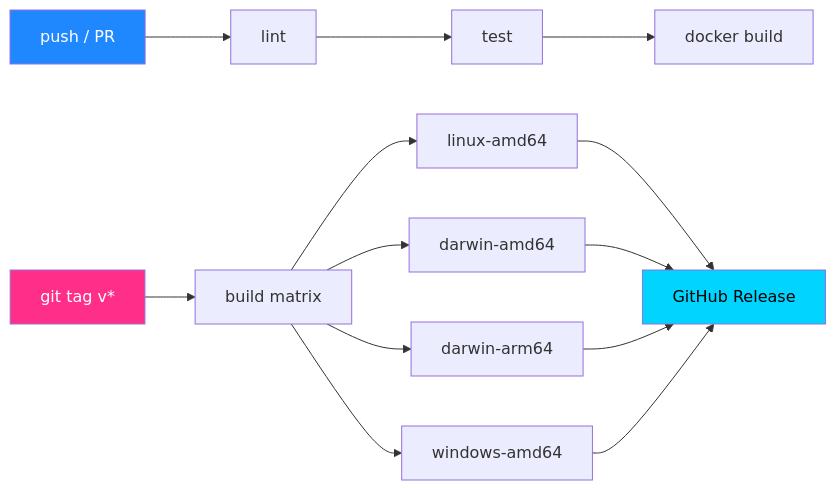
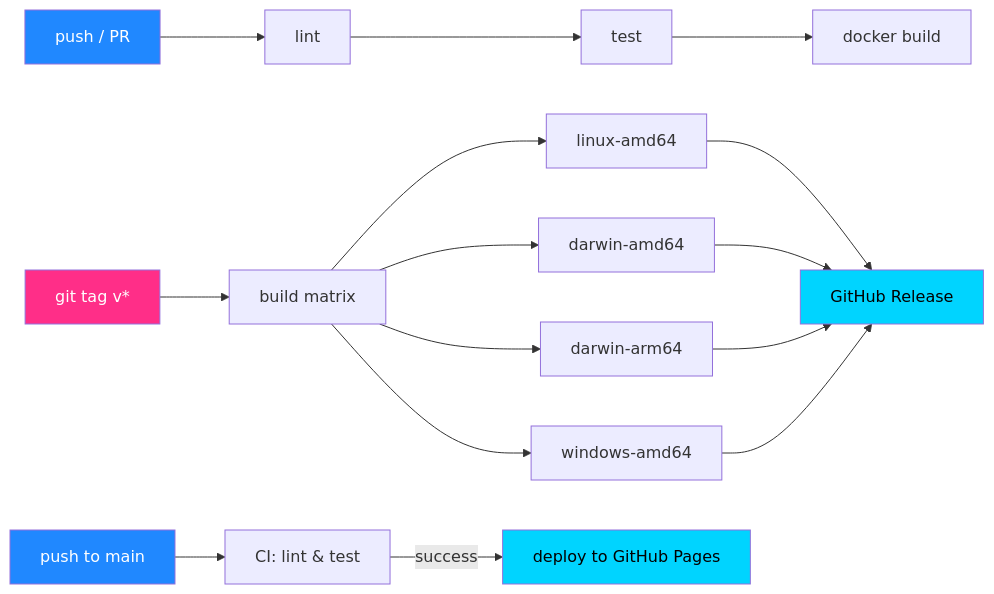
One commit to ChrisRedfield48/CI-CD-Learning-Projects changed the diagram in README.md. Above: the diagram before and after it, drawn with Mermaid. The commit also changed other lines of this file, not shown here.

````diff
--- a/README.md
+++ b/README.md
@@ -77,20 +97,25 @@
 ```mermaid
 flowchart LR
     A[push / PR] --> B[lint]
     B --> C[test]
     C --> D[docker build]
 
     E[git tag v*] --> F[build matrix]
     F --> G[linux-amd64]
     F --> H[darwin-amd64]
     F --> I[darwin-arm64]
     F --> J[windows-amd64]
     G --> K[GitHub Release]
     H --> K
     I --> K
     J --> K
 
+    L[push to main] --> M[CI: lint & test]
+    M -->|success| N[deploy to GitHub Pages]
+
     style A fill:#2088FF,color:#fff
     style E fill:#ff2e88,color:#fff
+    style L fill:#2088FF,color:#fff
     style K fill:#00d4ff,color:#000
+    style N fill:#00d4ff,color:#000
 ```
````
